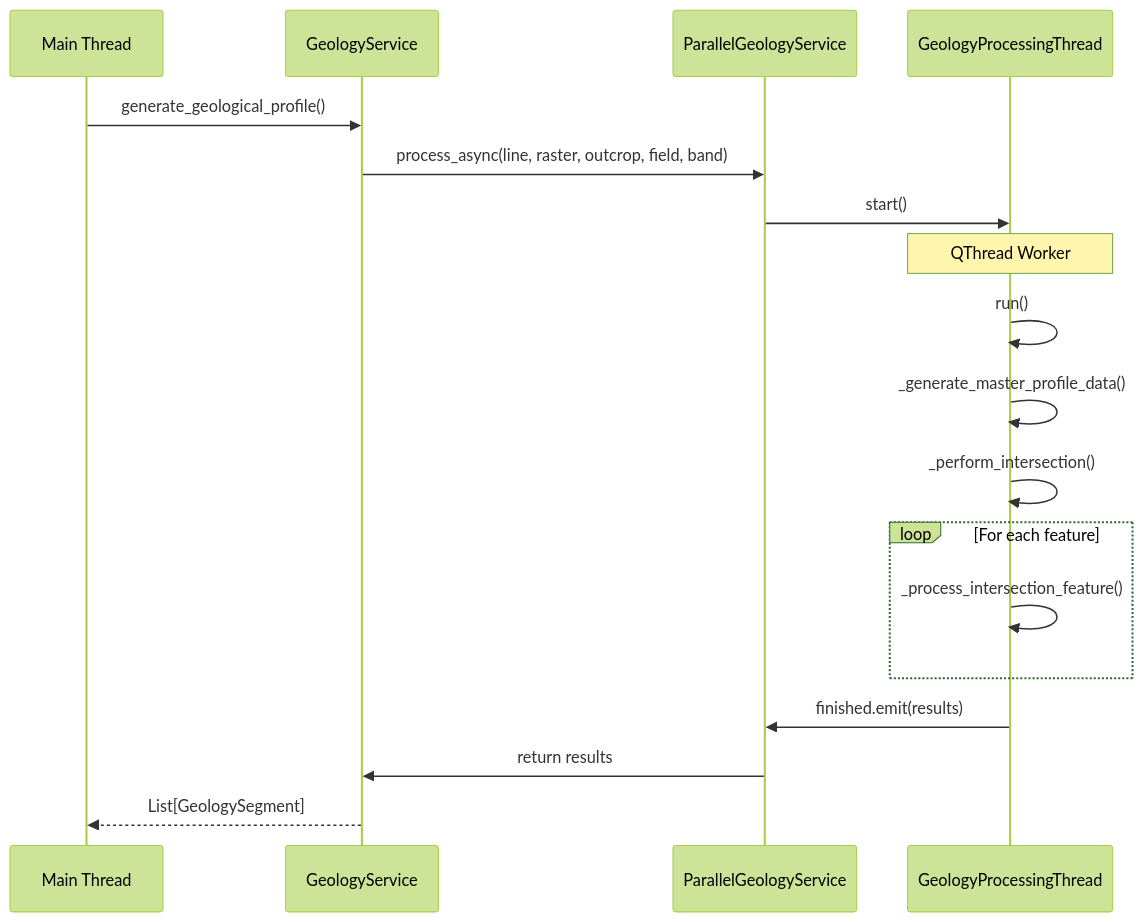
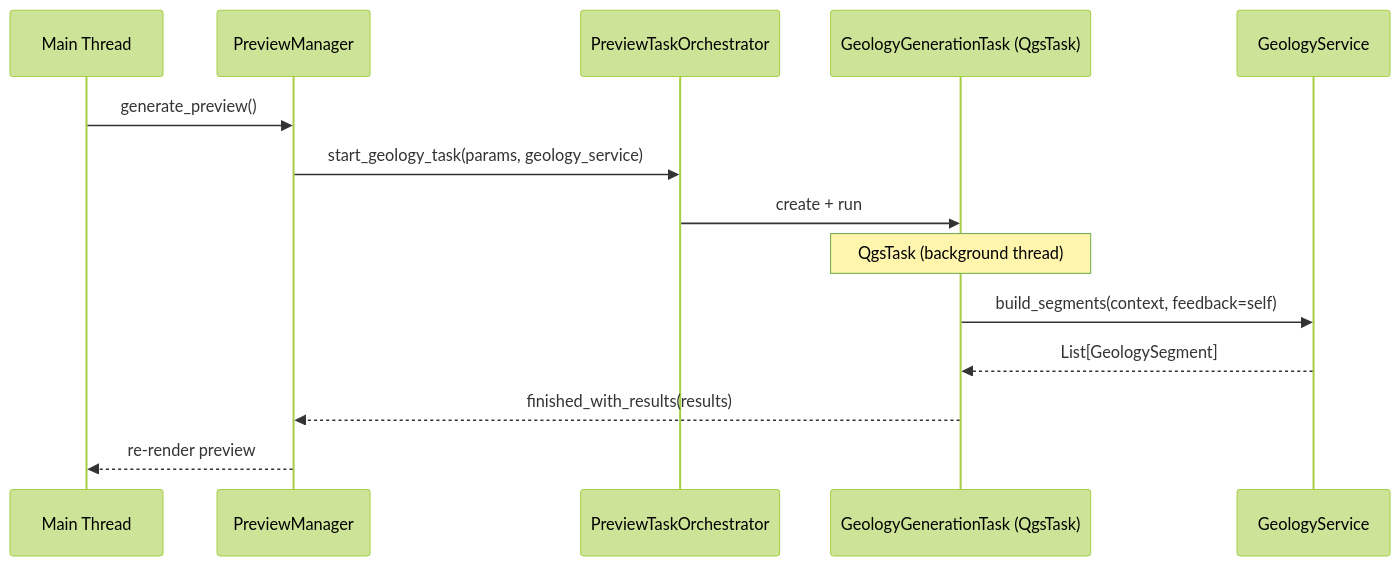
One commit to geociencio/sec_interp changed the tenth of 12 diagrams in docs/source/ARCHITECTURE.md. Above: the diagram before and after it, drawn with Mermaid (forest theme). The commit also changed other lines of this file and 11 other files, not shown here.

````diff
--- a/docs/source/ARCHITECTURE.md
+++ b/docs/source/ARCHITECTURE.md
@@ -944,25 +951,18 @@
 ```mermaid
 sequenceDiagram
     participant Main as Main Thread
-    participant GeoService as GeologyService
-    participant ParallelGeo as ParallelGeologyService
-    participant Worker as GeologyProcessingThread
+    participant PM as PreviewManager
+    participant Orch as PreviewTaskOrchestrator
+    participant Task as GeologyGenerationTask (QgsTask)
+    participant Svc as GeologyService
 
-    Main->>GeoService: generate_geological_profile()
-    GeoService->>ParallelGeo: process_async(line, raster, outcrop, field, band)
+    Main->>PM: generate_preview()
+    PM->>Orch: start_geology_task(params, geology_service)
+    Orch->>Task: create + run
+    Note over Task: QgsTask (background thread)
 
-    ParallelGeo->>Worker: start()
-    Note over Worker: QThread Worker
-
-    Worker->>Worker: run()
-    Worker->>Worker: _generate_master_profile_data()
-    Worker->>Worker: _perform_intersection()
-
-    loop For each feature
-        Worker->>Worker: _process_intersection_feature()
-    end
-
-    Worker->>ParallelGeo: finished.emit(results)
-    ParallelGeo->>GeoService: return results
-    GeoService-->>Main: List[GeologySegment]
+    Task->>Svc: build_segments(context, feedback=self)
+    Svc-->>Task: List[GeologySegment]
+    Task-->>PM: finished_with_results(results)
+    PM-->>Main: re-render preview
 ```
````
